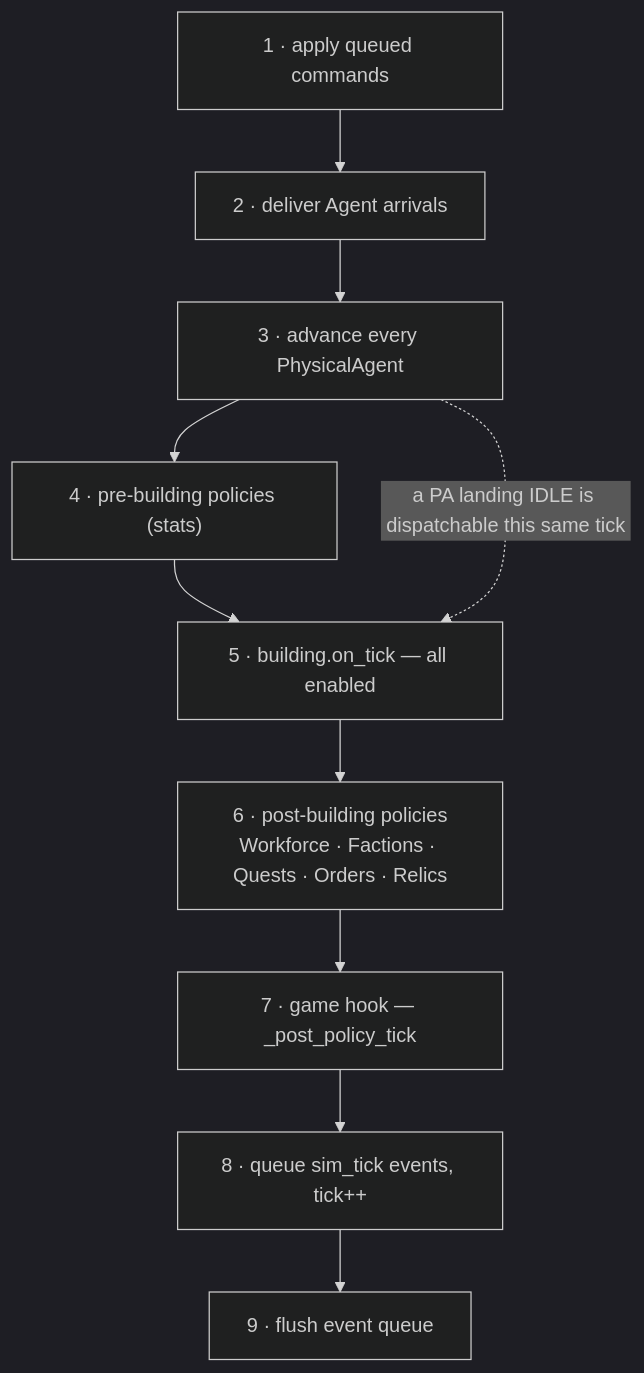
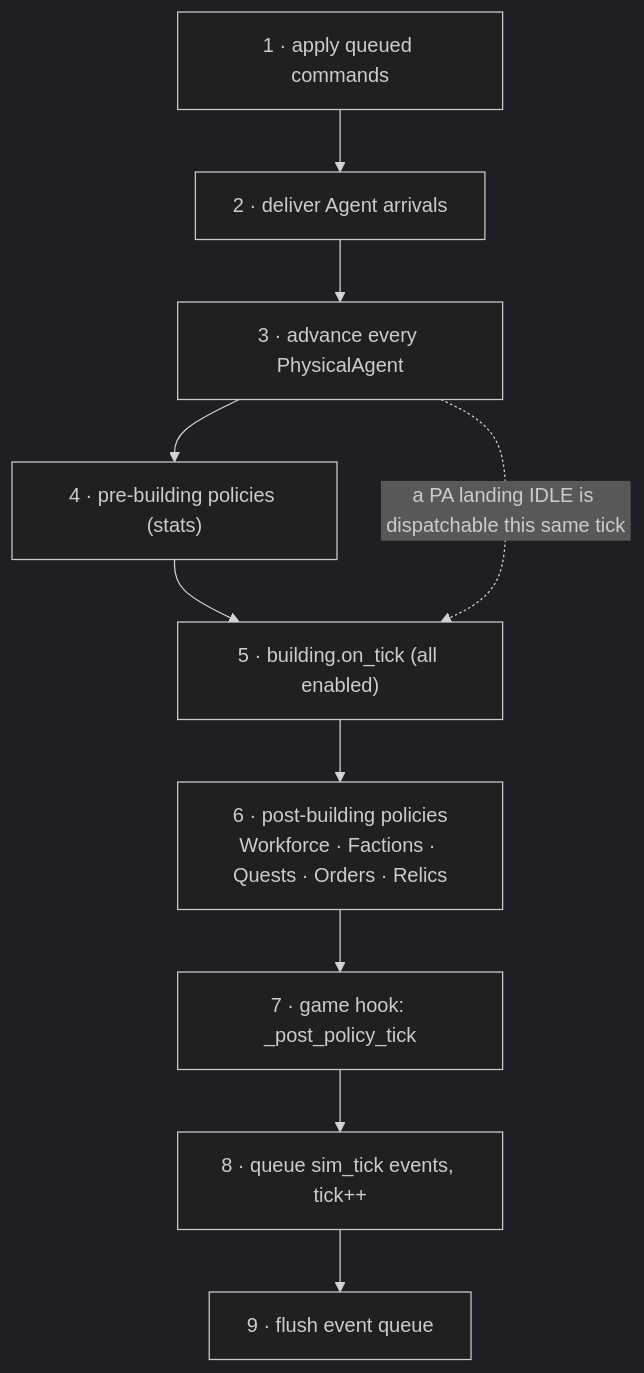
One commit to poga/scarlet.engineering changed the second of 2 diagrams in blog/posts/2026-07-06-making-simulation-game-part-2-architecture.md. Above: the diagram before and after it, drawn with Mermaid (dark theme). The commit also changed other lines of this file and 3 other files, not shown here.

````diff
--- a/blog/posts/2026-07-06-making-simulation-game-part-2-architecture.md
+++ b/blog/posts/2026-07-06-making-simulation-game-part-2-architecture.md
@@ -72,12 +72,12 @@
 ```mermaid
 flowchart TB
     c1["1 · apply queued commands"] --> c2["2 · deliver Agent arrivals"]
     c2 --> c3["3 · advance every PhysicalAgent"]
     c3 --> c4["4 · pre-building policies (stats)"]
-    c4 --> c5["5 · building.on_tick — all enabled"]
+    c4 --> c5["5 · building.on_tick (all enabled)"]
     c5 --> c6["6 · post-building policies<br/>Workforce · Factions · Quests · Orders · Relics"]
-    c6 --> c7["7 · game hook — _post_policy_tick"]
+    c6 --> c7["7 · game hook: _post_policy_tick"]
     c7 --> c8["8 · queue sim_tick events, tick++"]
     c8 --> c9["9 · flush event queue"]
     c3 -. "a PA landing IDLE is dispatchable this same tick" .-> c5
 ```
````
